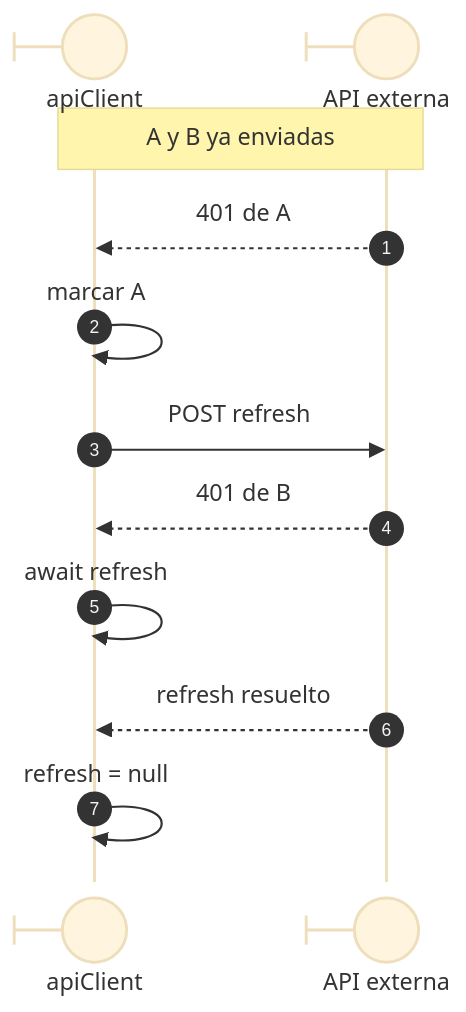
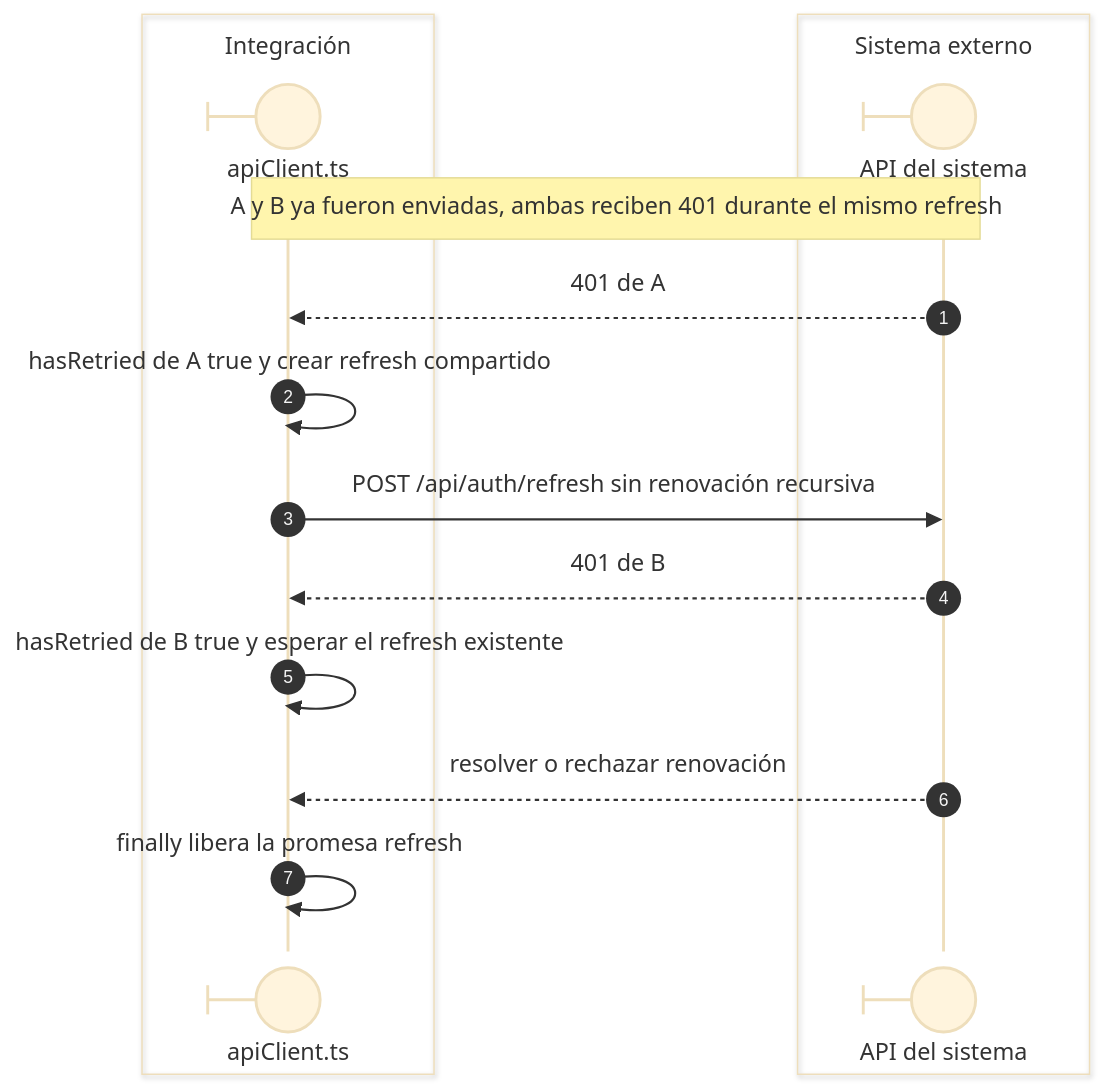
Before and after one commit to gpgsistemas01/nexus: the first of 2 diagrams in front/docs/architecture/views/processes/01-session/04-concurrent-renewal.md, drawn with Mermaid (base theme). The commit also changed other lines of this file and 46 other files, not shown here.

````diff
--- a/front/docs/architecture/views/processes/01-session/04-concurrent-renewal.md
+++ b/front/docs/architecture/views/processes/01-session/04-concurrent-renewal.md
@@ -16,14 +16,18 @@
 ```mermaid
 sequenceDiagram
     autonumber
-    participant Client@{ "type": "boundary" } as apiClient
-    participant API@{ "type": "boundary" } as API externa
-    Note over Client,API: A y B ya enviadas
-    API-->>Client: 401 de A
-    Client->>Client: marcar A
-    Client->>API: POST refresh
-    API-->>Client: 401 de B
-    Client->>Client: await refresh
-    API-->>Client: refresh resuelto
-    Client->>Client: refresh = null
+    box Integración
+    participant HTTP@{ "type": "boundary" } as apiClient.ts
+    end
+    box Sistema externo
+    participant API@{ "type": "boundary" } as API del sistema
+    end
+    Note over HTTP,API: A y B ya fueron enviadas, ambas reciben 401 durante el mismo refresh
+    API-->>HTTP: 401 de A
+    HTTP->>HTTP: hasRetried de A true y crear refresh compartido
+    HTTP->>API: POST /api/auth/refresh sin renovación recursiva
+    API-->>HTTP: 401 de B
+    HTTP->>HTTP: hasRetried de B true y esperar el refresh existente
+    API-->>HTTP: resolver o rechazar renovación
+    HTTP->>HTTP: finally libera la promesa refresh
 ```
````
